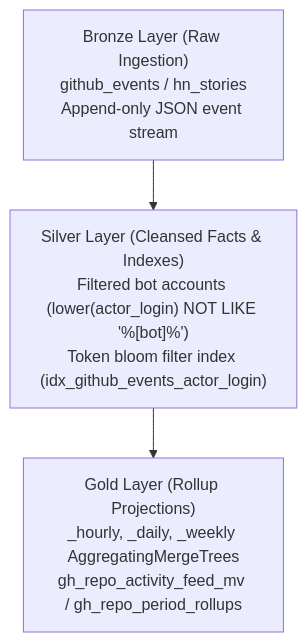
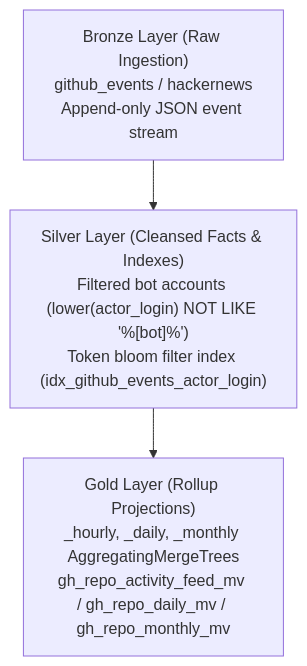
The third of 6 diagrams in docs/architecture/SYSTEM-ARCHITECTURE.md (victoremnm/attention-terminal), drawn with Mermaid before and after one commit. The commit also changed other lines of this file and 7 other files, not shown here.

````diff
--- a/docs/architecture/SYSTEM-ARCHITECTURE.md
+++ b/docs/architecture/SYSTEM-ARCHITECTURE.md
@@ -89,6 +89,6 @@
 ```mermaid
 flowchart TD
-    BRONZE["Bronze Layer (Raw Ingestion)\ngithub_events / hn_stories\nAppend-only JSON event stream"] --> SILVER
+    BRONZE["Bronze Layer (Raw Ingestion)\ngithub_events / hackernews\nAppend-only JSON event stream"] --> SILVER
     SILVER["Silver Layer (Cleansed Facts & Indexes)\nFiltered bot accounts (lower(actor_login) NOT LIKE '%[bot]%')\nToken bloom filter index (idx_github_events_actor_login)"] --> GOLD
-    GOLD["Gold Layer (Rollup Projections)\n_hourly, _daily, _weekly AggregatingMergeTrees\ngh_repo_activity_feed_mv / gh_repo_period_rollups"]
+    GOLD["Gold Layer (Rollup Projections)\n_hourly, _daily, _monthly AggregatingMergeTrees\ngh_repo_activity_feed_mv / gh_repo_daily_mv / gh_repo_monthly_mv"]
 ```
````
